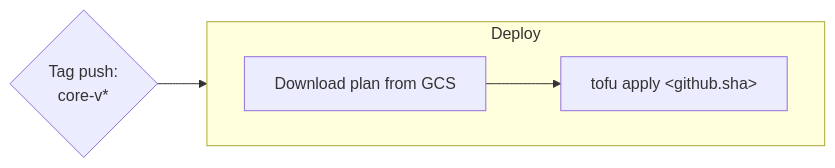
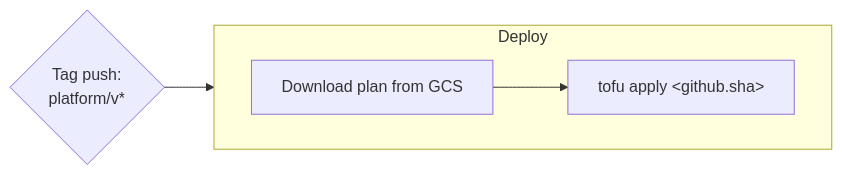
Before and after one commit to MrHachi/gke-platform-lab: the third of 3 diagrams in infrastructure/docs/ci-cd.md, drawn with Mermaid. The commit also changed other lines of this file and 7 other files, not shown here.

````diff
--- a/infrastructure/docs/ci-cd.md
+++ b/infrastructure/docs/ci-cd.md
@@ -61,14 +61,14 @@
 ```mermaid
 flowchart LR
-    A{Tag push:<br>core-v*}
+    A{Tag push:<br>platform/v*}
 
     subgraph B [Deploy]
         direction LR
         BA[Download plan from GCS]
         BB[tofu apply &lt;github.sha&gt;]
 
         BA --> BB
     end
 
     A --> B
 ```
````
